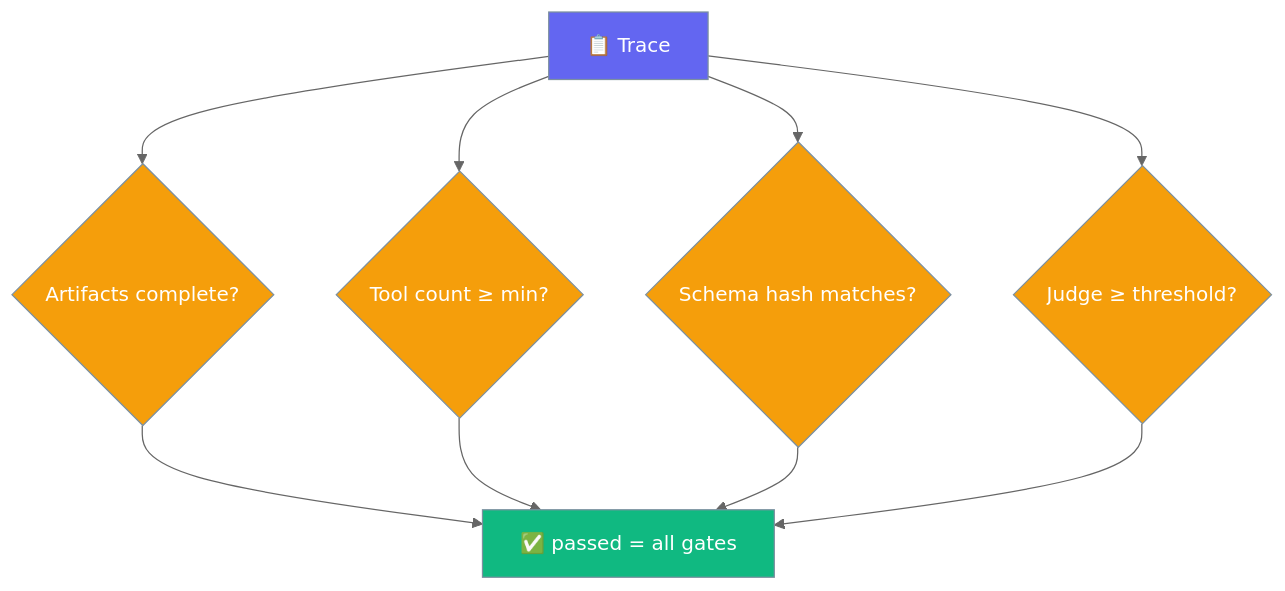
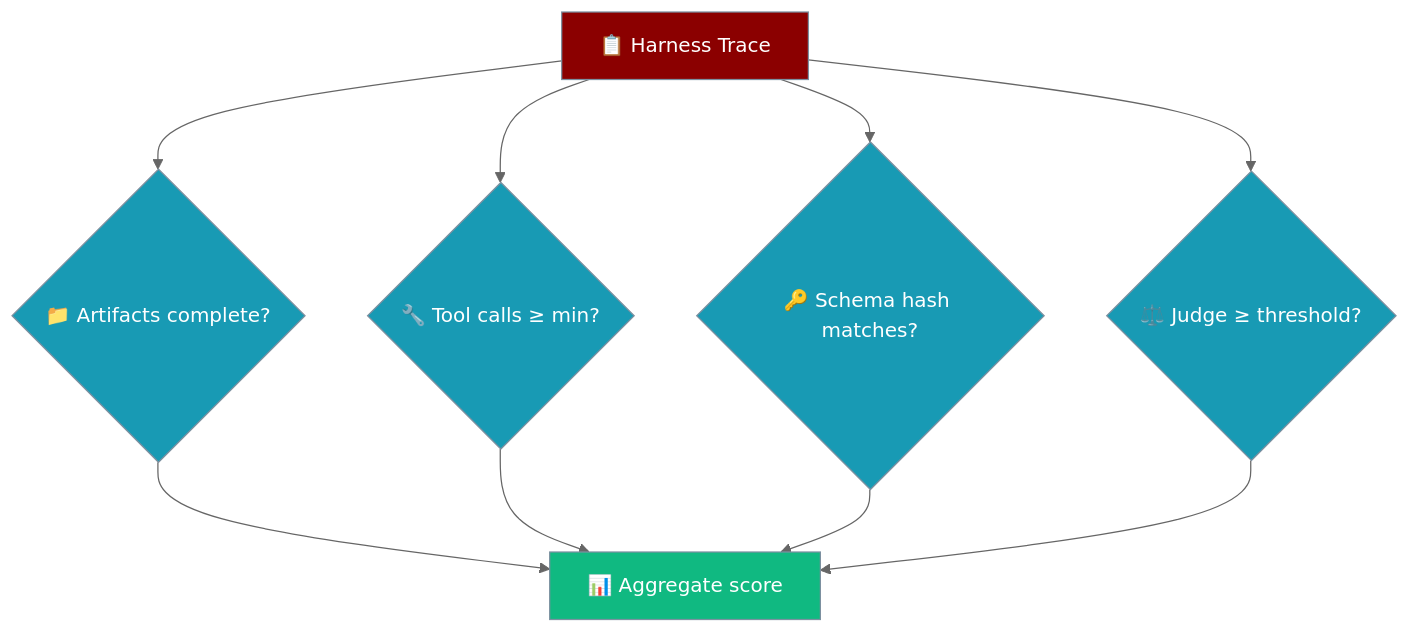
Before and after one commit to MervinPraison/PraisonAIDocs: the second of 2 diagrams in docs/features/harness-evaluator.mdx, drawn with Mermaid (neutral theme). The commit also changed other lines of this file and 2 other files, not shown here.

First line of the commit message:
docs: add HarnessEvaluator page + plugins YAML options surface (fixes #1836)

````diff
--- a/docs/features/harness-evaluator.mdx
+++ b/docs/features/harness-evaluator.mdx
@@ -91,15 +114,20 @@
 ```mermaid
 graph TB
-    T[📋 Trace]:::input --> A{Artifacts complete?}:::process
-    T --> C{Tool count ≥ min?}:::process
-    T --> S{Schema hash matches?}:::process
-    T --> J{Judge ≥ threshold?}:::process
-    A --> P[✅ passed = all gates]:::output
-    C --> P
-    S --> P
-    J --> P
+    Trace[📋 Harness Trace] --> Art{📁 Artifacts complete?}
+    Trace --> Tool{🔧 Tool calls ≥ min?}
+    Trace --> Schema{🔑 Schema hash matches?}
+    Trace --> Judge{⚖️ Judge ≥ threshold?}
 
-    classDef input fill:#6366F1,stroke:#7C90A0,color:#fff
-    classDef process fill:#F59E0B,stroke:#7C90A0,color:#fff
-    classDef output fill:#10B981,stroke:#7C90A0,color:#fff
+    Art --> Score[📊 Aggregate score]
+    Tool --> Score
+    Schema --> Score
+    Judge --> Score
+
+    classDef input fill:#8B0000,stroke:#7C90A0,color:#fff
+    classDef gate fill:#189AB4,stroke:#7C90A0,color:#fff
+    classDef result fill:#10B981,stroke:#7C90A0,color:#fff
+
+    class Trace input
+    class Art,Tool,Schema,Judge gate
+    class Score result
 ```
````
